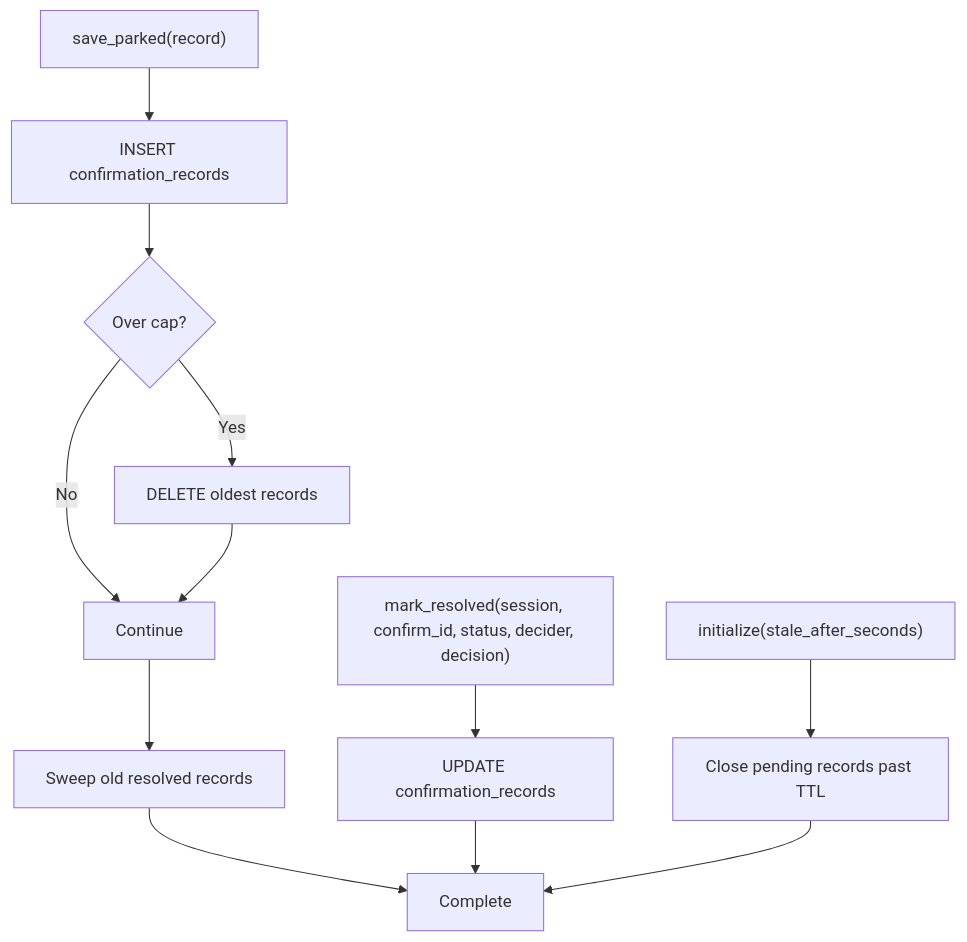
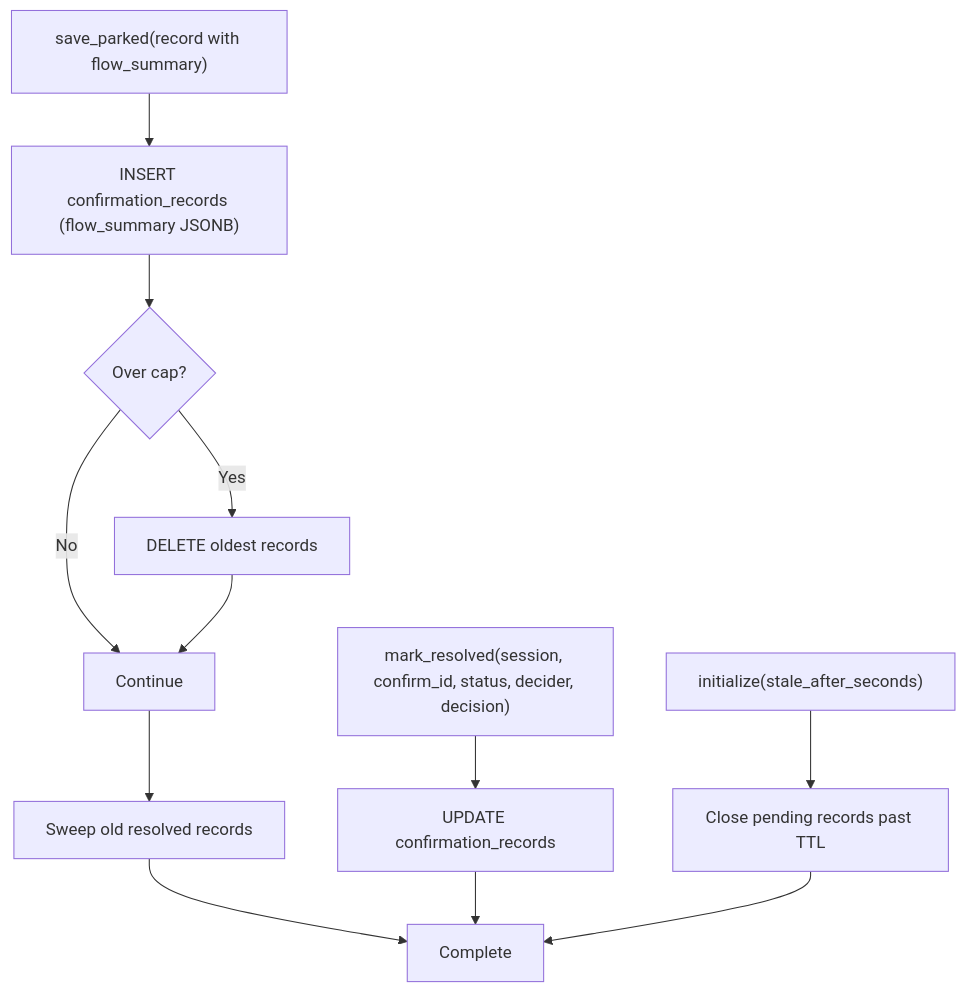
Before and after one commit to metasync/luban-aiops: the fourth of 12 diagrams in .qoder/repowiki/en/content/Agent Platform Service/HITL Confirmation Bridging (SPEC-020).md, drawn with Mermaid. The commit also changed other lines of this file and 11 other files, not shown here.

````diff
--- a/.qoder/repowiki/en/content/Agent Platform Service/HITL Confirmation Bridging (SPEC-020).md
+++ b/.qoder/repowiki/en/content/Agent Platform Service/HITL Confirmation Bridging (SPEC-020).md
@@ -311,14 +335,14 @@
 ```mermaid
 flowchart TD
-Park["save_parked(record)"] --> Insert["INSERT confirmation_records"]
+Park["save_parked(record with flow_summary)"] --> Insert["INSERT confirmation_records (flow_summary JSONB)"]
 Insert --> Evict{"Over cap?"}
 Evict -- Yes --> Sweep["DELETE oldest records"]
 Evict -- No --> Continue["Continue"]
 Sweep --> Continue
 Continue --> Audit["Sweep old resolved records"]
 Audit --> Complete["Complete"]
 Resolve["mark_resolved(session, confirm_id, status, decider, decision)"] --> Update["UPDATE confirmation_records"]
 Update --> Complete
 Startup["initialize(stale_after_seconds)"] --> CloseStale["Close pending records past TTL"]
 CloseStale --> Complete
 ```
````
